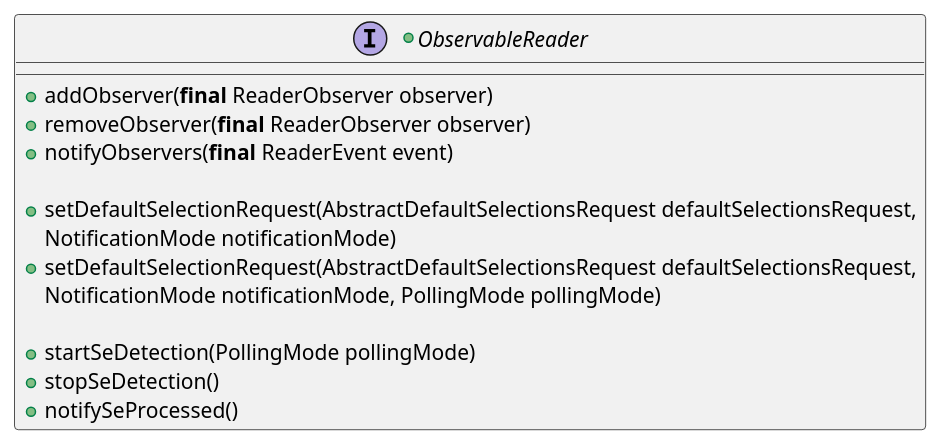
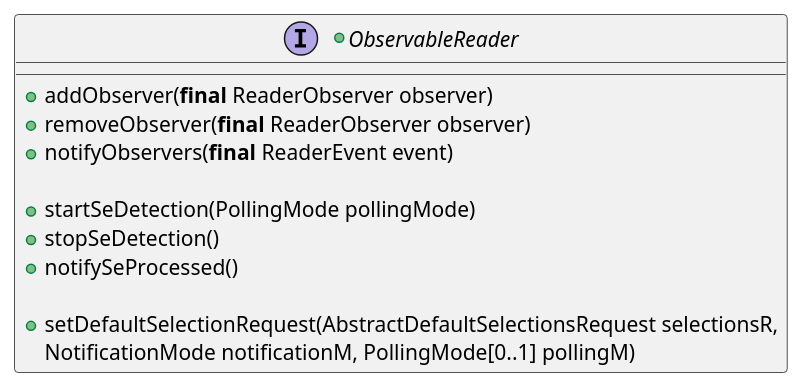
Before and after one commit to calypsonet/keyple: diagram 28 of 42 in src/KeypleCoreApi/ApplicationApi/puml/KeypleCore-ApplicationApi-ClassDiag-SE_Proxy-ClassElements.iuml, drawn with PlantUML. The commit also changed other lines of this file and 36 other files, not shown here.

```diff
--- a/src/KeypleCoreApi/ApplicationApi/puml/KeypleCore-ApplicationApi-ClassDiag-SE_Proxy-ClassElements.iuml
+++ b/src/KeypleCoreApi/ApplicationApi/puml/KeypleCore-ApplicationApi-ClassDiag-SE_Proxy-ClassElements.iuml
@@ -299,16 +314,14 @@
 @startuml(id=SEPROXY_OBSERVABLEREADER_0_8_1)
 +interface ObservableReader {
   +addObserver(<b>final</b> ReaderObserver observer)
   +removeObserver(<b>final</b> ReaderObserver observer)
   +notifyObservers(<b>final</b> ReaderEvent event)
 
-  +setDefaultSelectionRequest(AbstractDefaultSelectionsRequest defaultSelectionsRequest,
-    NotificationMode notificationMode)
-  +setDefaultSelectionRequest(AbstractDefaultSelectionsRequest defaultSelectionsRequest,
-    NotificationMode notificationMode, PollingMode pollingMode)
-
   +startSeDetection(PollingMode pollingMode)
   +stopSeDetection()
   +notifySeProcessed()
+
+  +setDefaultSelectionRequest(AbstractDefaultSelectionsRequest selectionsR,
+    NotificationMode notificationM, PollingMode[0..1] pollingM)
 }
 @enduml
```
